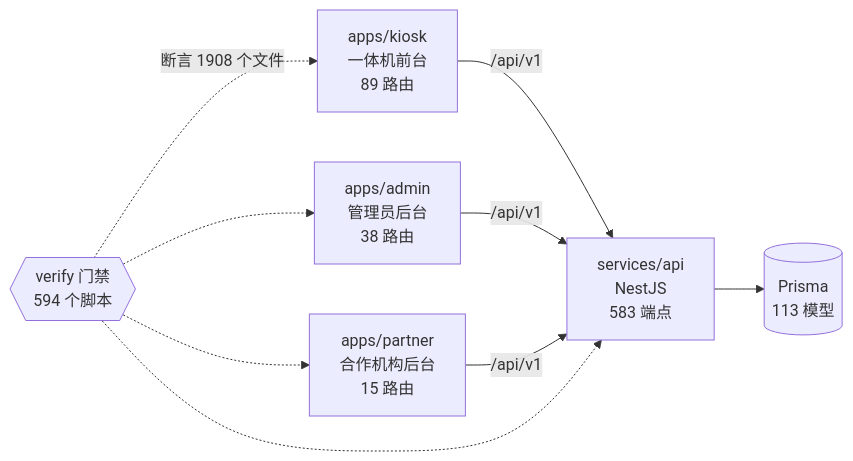
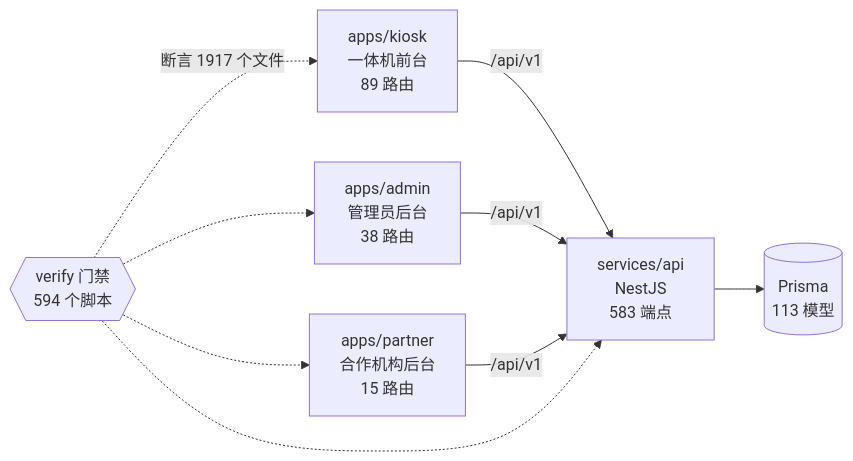
Before and after one commit to wanglei581/YITIJI: the diagram in docs/graph/README.md, drawn with Mermaid. The commit also changed other lines of this file and 3 other files, not shown here.

Commit message:
chore(graph): 第四块追加 #1339、#1324 后重生图谱

````diff
--- a/docs/graph/README.md
+++ b/docs/graph/README.md
@@ -68,18 +68,18 @@
 ```mermaid
 flowchart LR
   kiosk["apps/kiosk<br/>一体机前台<br/>89 路由"]
   admin["apps/admin<br/>管理员后台<br/>38 路由"]
   partner["apps/partner<br/>合作机构后台<br/>15 路由"]
   api["services/api<br/>NestJS<br/>583 端点"]
   db[("Prisma<br/>113 模型")]
   gates{{"verify 门禁<br/>594 个脚本"}}
 
   kiosk -->|"/api/v1"| api
   admin -->|"/api/v1"| api
   partner -->|"/api/v1"| api
   api --> db
-  gates -.->|"断言 1908 个文件"| kiosk
+  gates -.->|"断言 1917 个文件"| kiosk
   gates -.-> admin
   gates -.-> partner
   gates -.-> api
 ```
````
